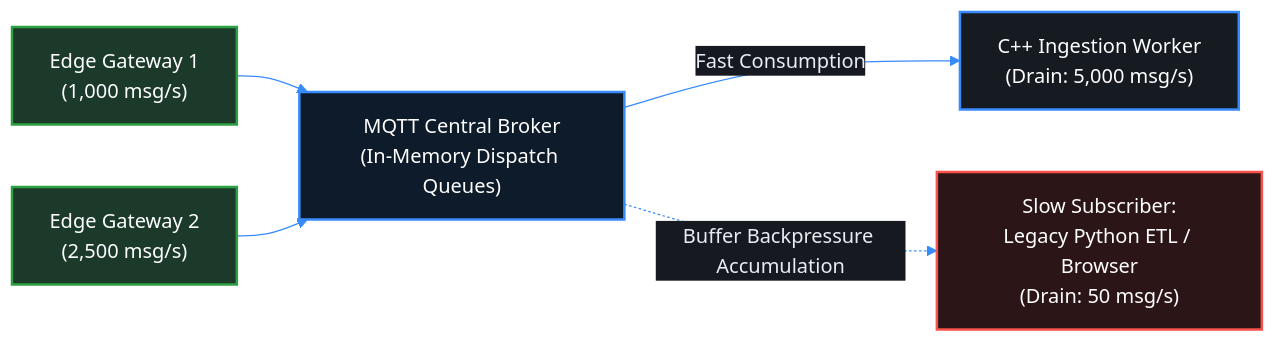
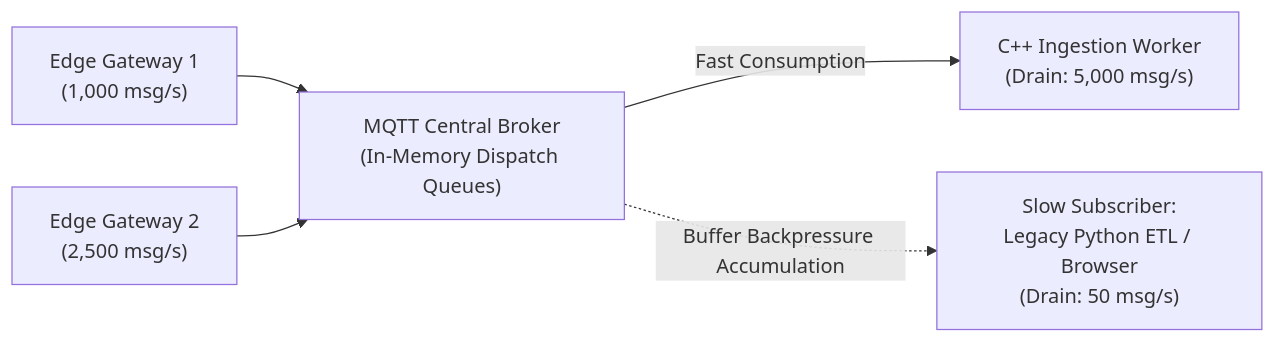
One commit to Novav20/The-Meridian-Grid changed the diagram in docs/00-Domain-Mastery/lessons/04-Broker-Failure-Modes-Backpressure.md. Above: the diagram before and after it, drawn with Mermaid. The commit also changed 15 other files, not shown here.

Commit message:
Clean up Mermaid lesson diagrams

````diff
--- a/docs/00-Domain-Mastery/lessons/04-Broker-Failure-Modes-Backpressure.md
+++ b/docs/00-Domain-Mastery/lessons/04-Broker-Failure-Modes-Backpressure.md
@@ -59,34 +59,16 @@
 ```mermaid
-%%{init: {
-  'theme': 'base',
-  'themeVariables': {
-    'darkMode': true,
-    'primaryColor': '#1E222B',
-    'primaryTextColor': '#E6EDF3',
-    'primaryBorderColor': '#388BFD',
-    'lineColor': '#388BFD',
-    'secondaryColor': '#16191F',
-    'tertiaryColor': '#0D1117',
-    'edgeLabelBackground': '#16191F'
-  },
-  'themeCSS': '.edgeLabel { color: #E6EDF3 !important; } .edgeLabel rect { fill: #16191F !important; } .label { color: #E6EDF3 !important; } .cluster-label span { color: #E6EDF3 !important; }'
-}}%%
 graph LR
-    classDef pub fill:#1b3a2a,stroke:#2ea043,stroke-width:2px,color:#fff
-    classDef broker fill:#0d1b2a,stroke:#388bfd,stroke-width:2px,color:#fff
-    classDef fast fill:#161b22,stroke:#388bfd,stroke-width:2px,color:#fff
-    classDef slow fill:#2c1517,stroke:#f85149,stroke-width:2px,color:#fff
 
-    P1["Edge Gateway 1<br/>(1,000 msg/s)"]:::pub
-    P2["Edge Gateway 2<br/>(2,500 msg/s)"]:::pub
+    P1["Edge Gateway 1<br/>(1,000 msg/s)"]
+    P2["Edge Gateway 2<br/>(2,500 msg/s)"]
     
-    B["MQTT Central Broker<br/>(In-Memory Dispatch Queues)"]:::broker
+    B["MQTT Central Broker<br/>(In-Memory Dispatch Queues)"]
 
-    S1["C++ Ingestion Worker<br/>(Drain: 5,000 msg/s)"]:::fast
-    S2["Slow Subscriber:<br/>Legacy Python ETL / Browser<br/>(Drain: 50 msg/s)"]:::slow
+    S1["C++ Ingestion Worker<br/>(Drain: 5,000 msg/s)"]
+    S2["Slow Subscriber:<br/>Legacy Python ETL / Browser<br/>(Drain: 50 msg/s)"]
 
     P1 --> B
     P2 --> B
     B -->|Fast Consumption| S1
     B -.->|Buffer Backpressure Accumulation| S2
 ```
````
